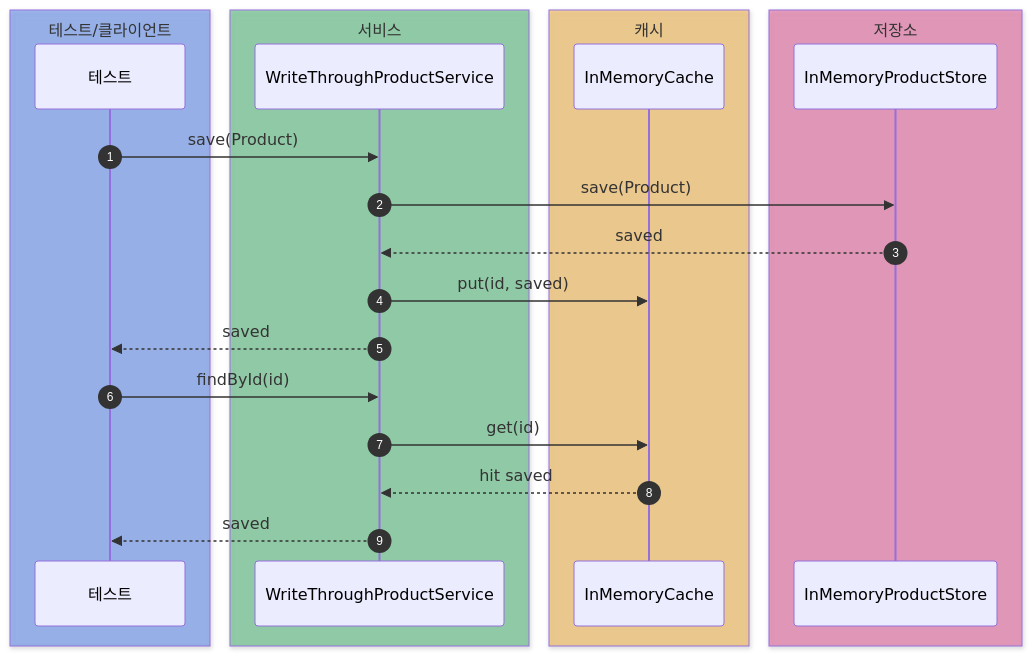
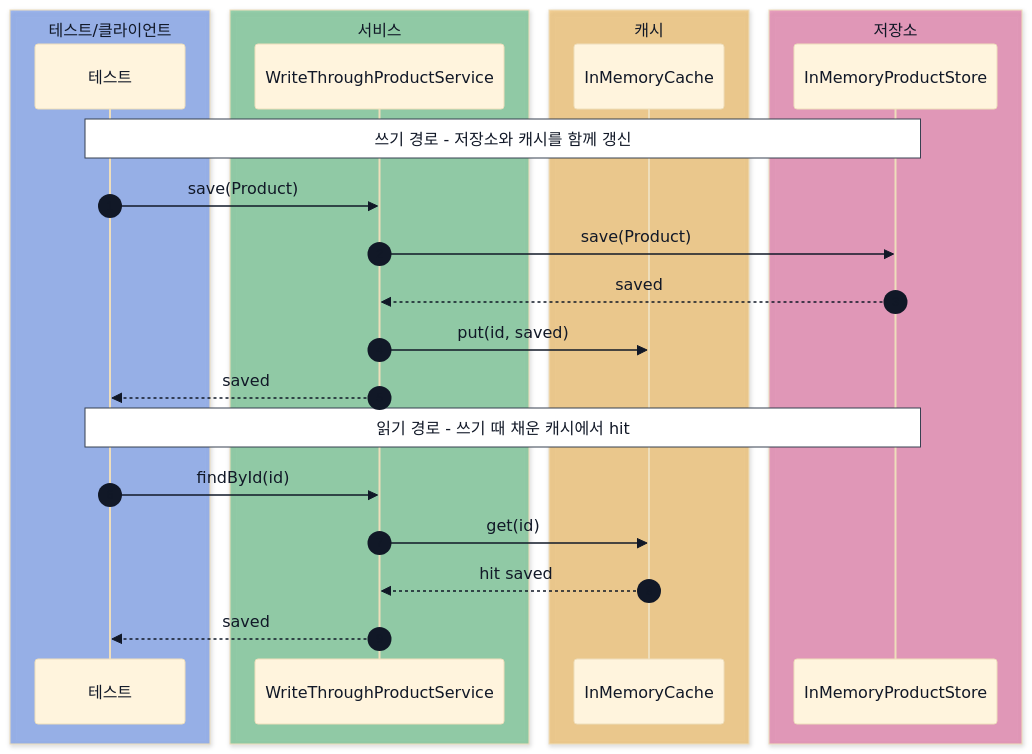
Before and after one commit to HJC96/deep-dive: the fourth of 6 diagrams in labs/cache-patterns/README.md, drawn with Mermaid. The commit also changed other lines of this file and 10 other files, not shown here.

````diff
--- a/labs/cache-patterns/README.md
+++ b/labs/cache-patterns/README.md
@@ -311,27 +324,30 @@
 ```mermaid
+%%{init: {"theme": "base", "themeVariables": {"primaryTextColor": "#111827", "secondaryTextColor": "#111827", "tertiaryTextColor": "#111827", "actorTextColor": "#111827", "signalTextColor": "#111827", "labelTextColor": "#111827", "noteTextColor": "#111827", "noteBkgColor": "#ffffff", "noteBorderColor": "#374151", "sequenceNumberColor": "#111827"}}}%%
 sequenceDiagram
     autonumber
     box rgba(37, 99, 235, 0.40) 테스트/클라이언트
     participant Test as 테스트
     end
     box rgba(22, 163, 74, 0.40) 서비스
     participant Service as WriteThroughProductService
     end
     box rgba(245, 158, 11, 0.40) 캐시
     participant Cache as InMemoryCache
     end
     box rgba(219, 39, 119, 0.40) 저장소
     participant Store as InMemoryProductStore
     end
 
+    Note over Test,Store: 쓰기 경로 - 저장소와 캐시를 함께 갱신
     Test->>Service: save(Product)
     Service->>Store: save(Product)
     Store-->>Service: saved
     Service->>Cache: put(id, saved)
     Service-->>Test: saved
 
+    Note over Test,Store: 읽기 경로 - 쓰기 때 채운 캐시에서 hit
     Test->>Service: findById(id)
     Service->>Cache: get(id)
     Cache-->>Service: hit saved
     Service-->>Test: saved
 ```
````
